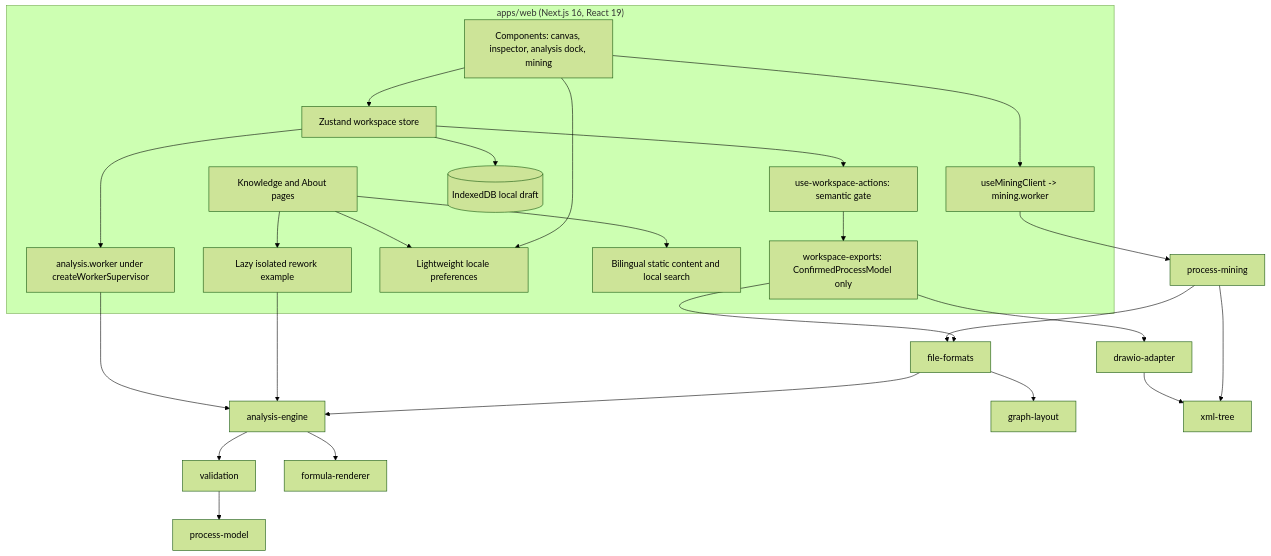
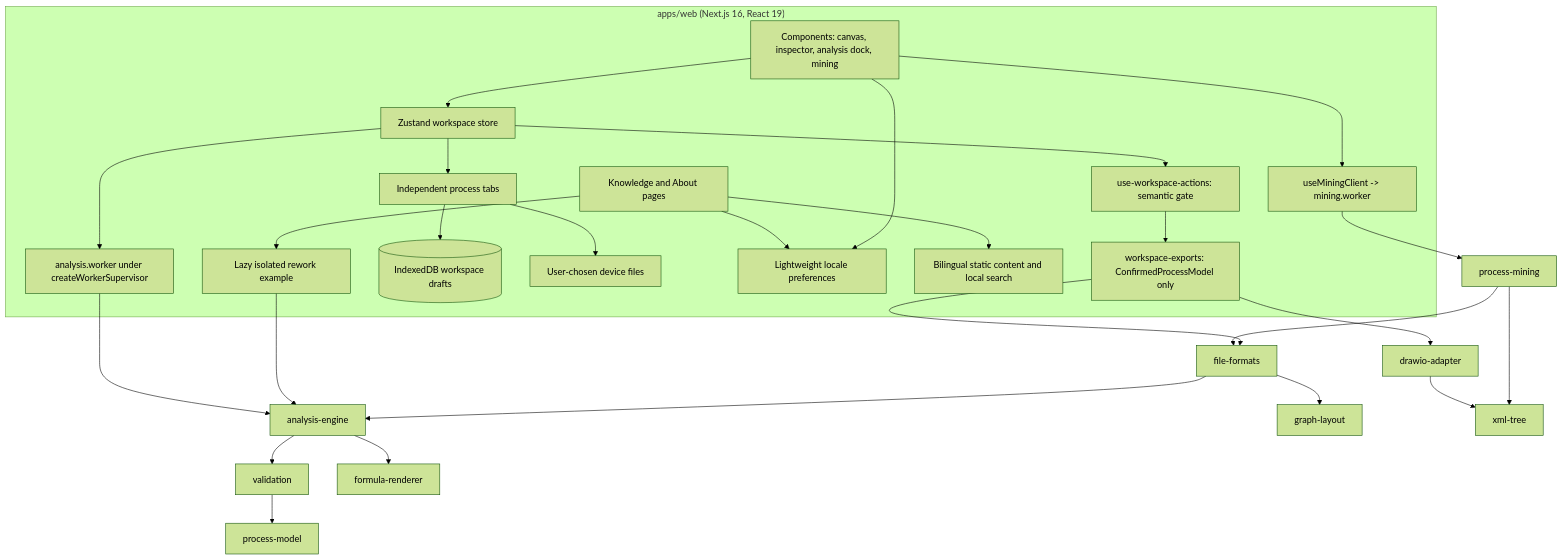
One commit to thang-uit/Flowculus changed the second of 5 diagrams in README.md. Above: the diagram before and after it, drawn with Mermaid (forest theme). The commit also changed other lines of this file and 128 other files, not shown here.

````diff
--- a/README.md
+++ b/README.md
@@ -180,28 +203,30 @@
 ```mermaid
 graph TD
   subgraph web["apps/web (Next.js 16, React 19)"]
     UI[Components: canvas, inspector, analysis dock, mining] --> Store[Zustand workspace store]
     Store --> Actions[use-workspace-actions: semantic gate]
     Actions --> Exports[workspace-exports: ConfirmedProcessModel only]
     Store --> AW[analysis.worker under createWorkerSupervisor]
     UI --> MC[useMiningClient -> mining.worker]
-    Store --> Draft[(IndexedDB local draft)]
+    Store --> Documents[Independent process tabs]
+    Documents --> Draft[(IndexedDB workspace drafts)]
+    Documents --> Device[User-chosen device files]
     Reading[Knowledge and About pages] --> Preferences[Lightweight locale preferences]
     UI --> Preferences
     Reading --> Lessons[Bilingual static content and local search]
     Reading --> Example[Lazy isolated rework example]
   end
   AW --> AE[analysis-engine]
   Example --> AE
   AE --> VAL[validation]
   AE --> FR[formula-renderer]
   VAL --> PMOD[process-model]
   MC --> PMIN[process-mining]
   PMIN --> FF[file-formats]
   Exports --> FF
   Exports --> DA[drawio-adapter]
   FF --> AE
   FF --> GL[graph-layout]
   DA --> XT[xml-tree]
   PMIN --> XT
 ```
````
